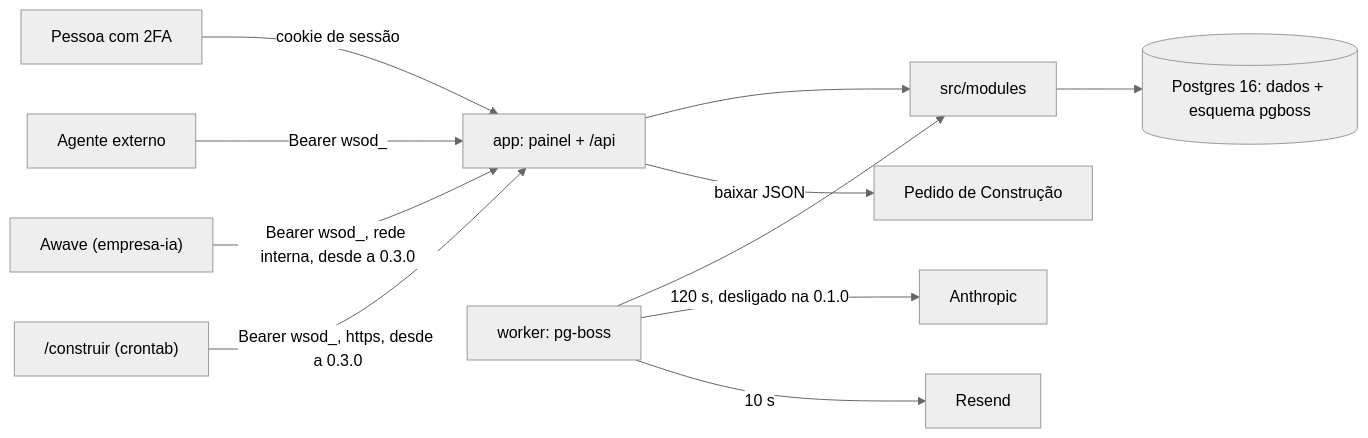
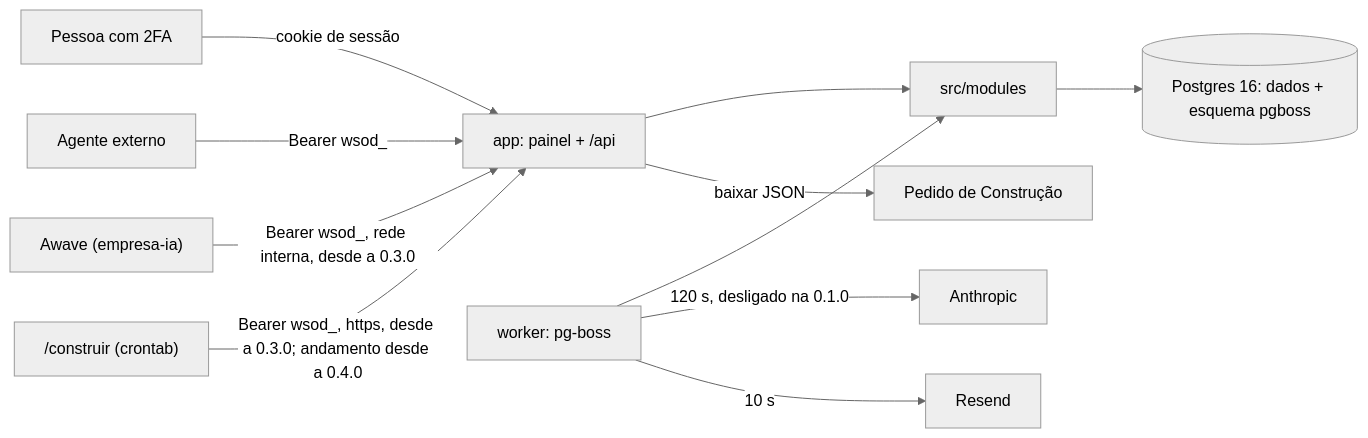
One commit to wsssistemas2626-crypto/ws-orquestrador-demandas changed the diagram in docs/manual-tecnico/01-arquitetura.md. Above: the diagram before and after it, drawn with Mermaid (neutral theme). The commit also changed other lines of this file and 13 other files, not shown here.

````diff
--- a/docs/manual-tecnico/01-arquitetura.md
+++ b/docs/manual-tecnico/01-arquitetura.md
@@ -24,13 +24,13 @@
 ```mermaid
 flowchart LR
   P[Pessoa com 2FA] -->|cookie de sessão| APP
   AE[Agente externo] -->|Bearer wsod_| APP
   AW["Awave (empresa-ia)"] -->|"Bearer wsod_, rede interna, desde a 0.3.0"| APP
-  CO["/construir (crontab)"] -->|"Bearer wsod_, https, desde a 0.3.0"| APP
+  CO["/construir (crontab)"] -->|"Bearer wsod_, https, desde a 0.3.0; andamento desde a 0.4.0"| APP
   APP[app: painel + /api] --> MOD[src/modules]
   WK[worker: pg-boss] --> MOD
   MOD --> DB[(Postgres 16: dados + esquema pgboss)]
   WK -->|120 s, desligado na 0.1.0| ANT[Anthropic]
   WK -->|10 s| RES[Resend]
   APP -->|baixar JSON| PC[Pedido de Construção]
 ```
````
